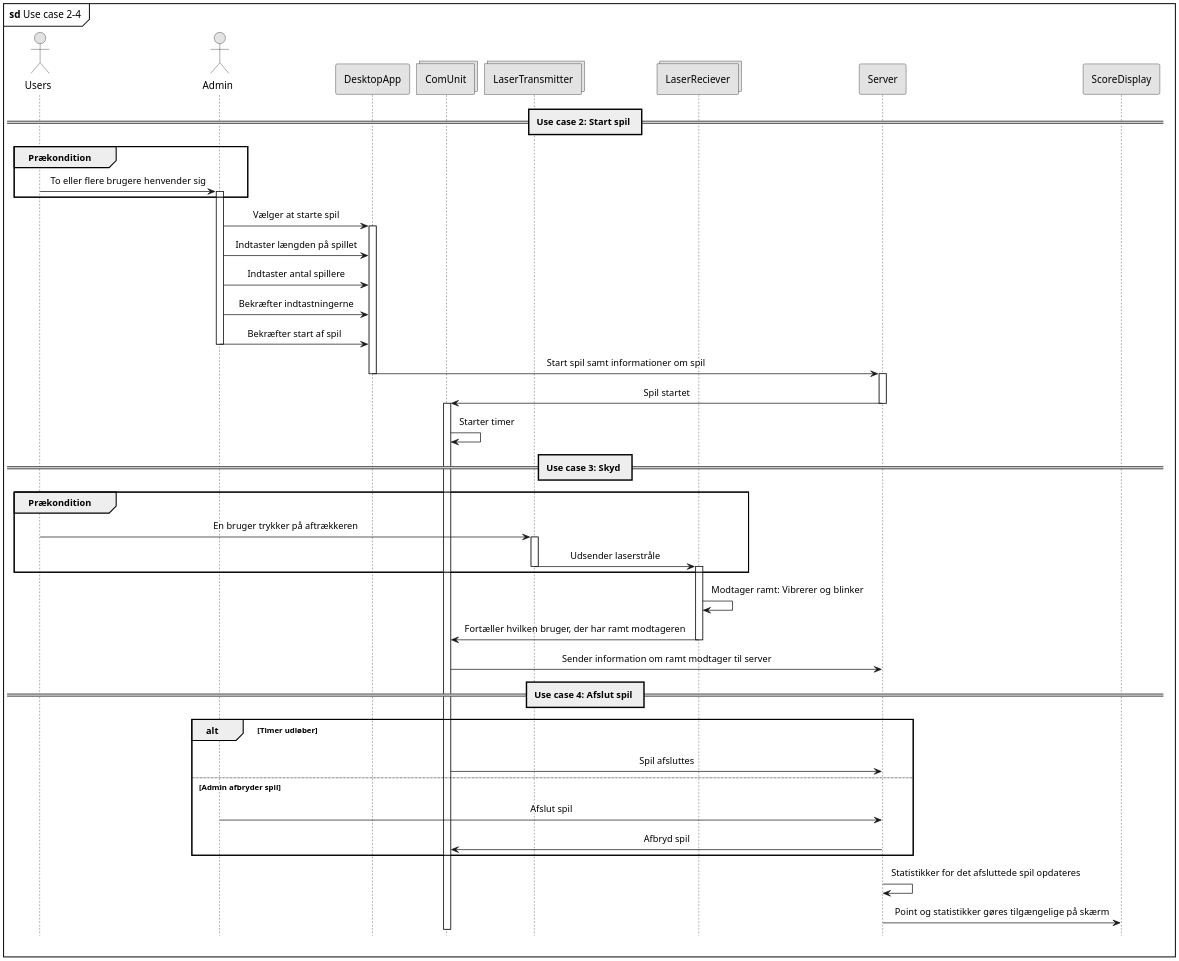
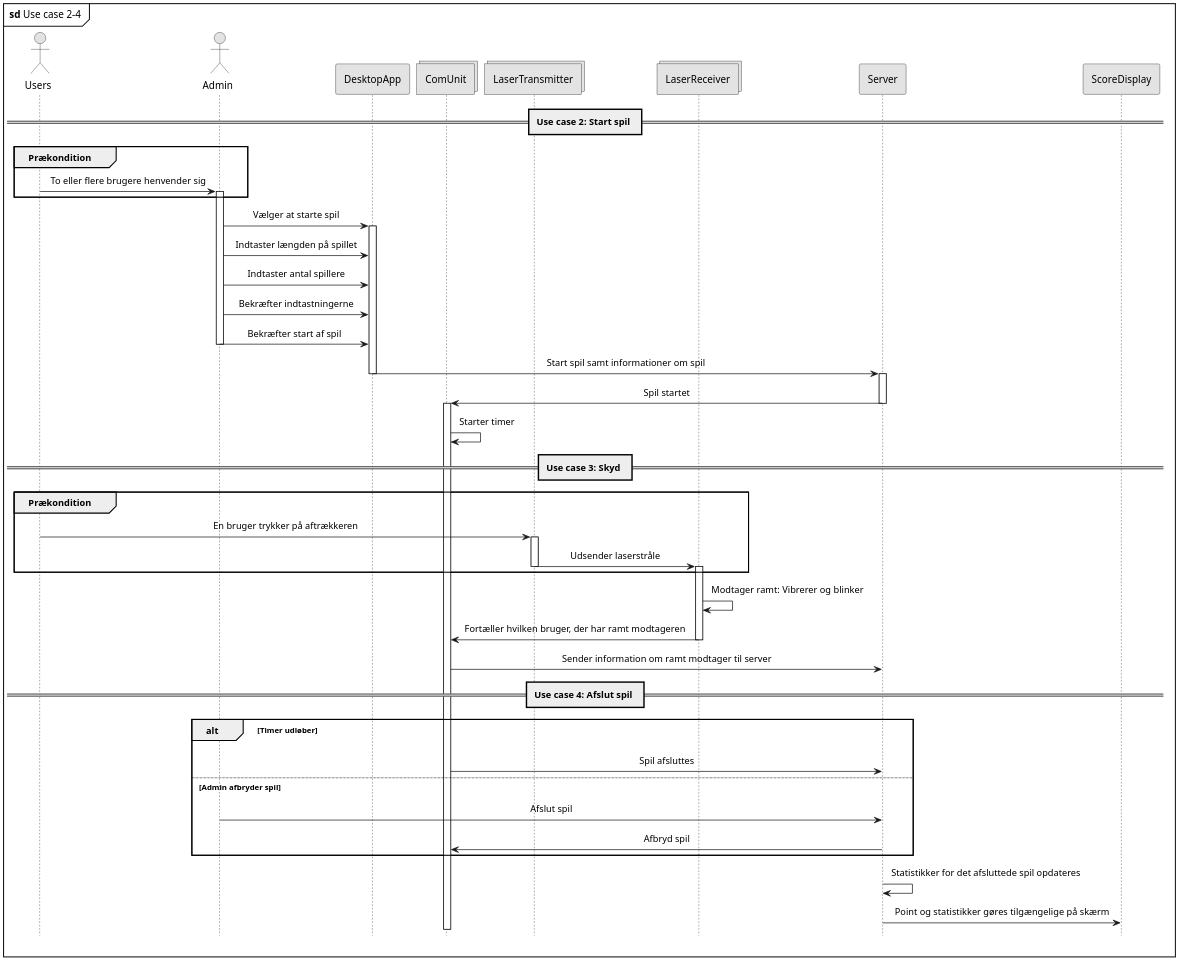
Before and after one commit to LasseKrarup/Laser-Tag-Project: the diagram in PlantUML/src/ssd-uc2-4.plantuml, drawn with PlantUML. The commit also changed 1 other file, not shown here.

```diff
--- a/PlantUML/src/ssd-uc2-4.plantuml
+++ b/PlantUML/src/ssd-uc2-4.plantuml
@@ -1,78 +1,78 @@
 @startuml ssd-uc2-4
 
 hide footbox
 
 skinparam {
     monochrome true
     dpi 200
     padding 5
     sequenceMessageAlign center
     packageStyle frame
     shadowing false
     'backgroundColor transparent
 }
 
 mainframe **sd** Use case 2-4
 
 actor Users as users
 actor Admin as admin
 participant "DesktopApp" as desktopApp
 collections "ComUnit" as comUnit
 collections "LaserTransmitter" as transmitter
-collections "LaserReciever" as reciever
+collections "LaserReceiver" as receiver
 participant "Server" as server
 participant "ScoreDisplay" as display
 
 == Use case 2: Start spil ==
 
 group Prækondition
     users -> admin: To eller flere brugere henvender sig
     activate admin
 end
 
 admin -> desktopApp: Vælger at starte spil
 activate desktopApp
 admin -> desktopApp: Indtaster længden på spillet
 admin -> desktopApp: Indtaster antal spillere
 admin -> desktopApp: Bekræfter indtastningerne
 admin -> desktopApp: Bekræfter start af spil
 deactivate admin
 desktopApp -> server: Start spil samt informationer om spil
 deactivate desktopApp
 activate server
 server -> comUnit: Spil startet
 deactivate server
 activate comUnit
 comUnit -> comUnit: Starter timer
 
 == Use case 3: Skyd ==
 
 group Prækondition
     users -> transmitter: En bruger trykker på aftrækkeren
     activate transmitter
-    transmitter -> reciever: Udsender laserstråle
+    transmitter -> receiver: Udsender laserstråle
     deactivate transmitter
-    activate reciever
+    activate receiver
 end
 
-reciever -> reciever: Modtager ramt: Vibrerer og blinker
+receiver -> receiver: Modtager ramt: Vibrerer og blinker
 
-reciever -> comUnit: Fortæller hvilken bruger, der har ramt modtageren
-deactivate reciever
+receiver -> comUnit: Fortæller hvilken bruger, der har ramt modtageren
+deactivate receiver
 
 comUnit -> server: Sender information om ramt modtager til server
 
 == Use case 4: Afslut spil ==
 
 alt Timer udløber
     comUnit -> server: Spil afsluttes
 else Admin afbryder spil
     admin -> server: Afslut spil
     server -> comUnit: Afbryd spil
 
 end
 
 server -> server: Statistikker for det afsluttede spil opdateres
 server -> display: Point og statistikker gøres tilgængelige på skærm
 
 @enduml
```
